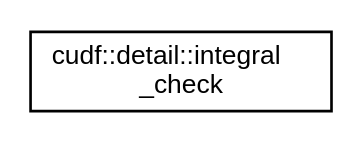
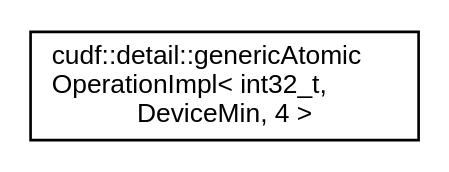
Before and after one commit to rapidsai/projects: the diagram in libcudf/0.8.0/inherit_graph_48.dot, drawn with Graphviz. The commit also changed 546 other files, not shown here.

```diff
--- a/libcudf/0.8.0/inherit_graph_48.dot
+++ b/libcudf/0.8.0/inherit_graph_48.dot
@@ -1,7 +1,7 @@
 digraph "Graphical Class Hierarchy"
 {
   edge [fontname="Helvetica",fontsize="10",labelfontname="Helvetica",labelfontsize="10"];
   node [fontname="Helvetica",fontsize="10",shape=record];
   rankdir="LR";
-  Node0 [label="cudf::detail::integral\l_check",height=0.2,width=0.4,color="black", fillcolor="white", style="filled",URL="$structcudf_1_1detail_1_1integral__check.html"];
+  Node0 [label="cudf::detail::genericAtomic\lOperationImpl\< int32_t,\l DeviceMin, 4 \>",height=0.2,width=0.4,color="black", fillcolor="white", style="filled",URL="$structcudf_1_1detail_1_1genericAtomicOperationImpl_3_01int32__t_00_01DeviceMin_00_014_01_4.html"];
 }
```
